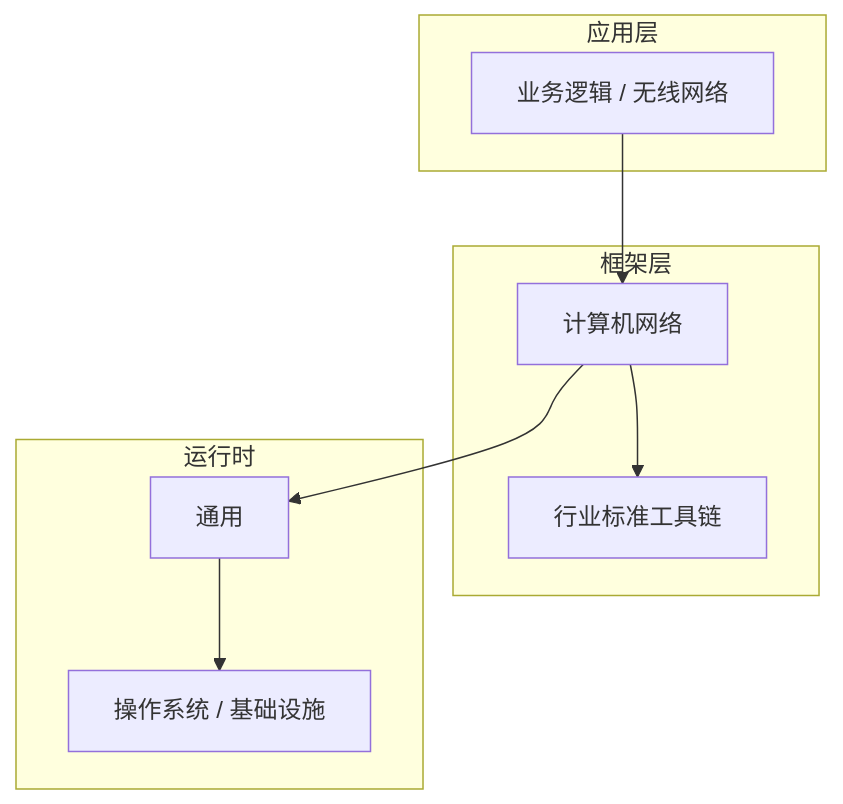
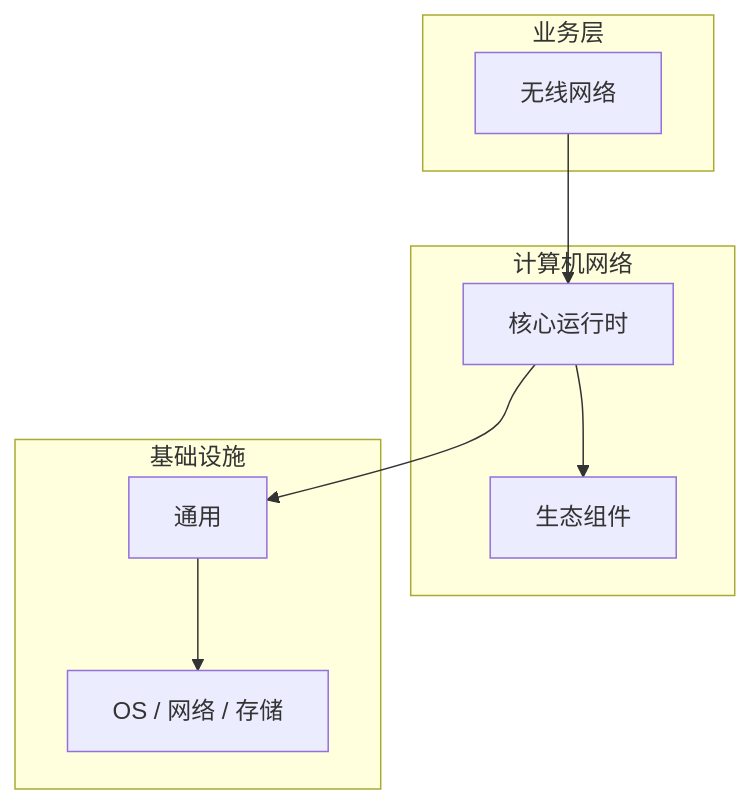
Before and after one commit to yanggan2015/knowledge-json-v2: the diagram in articles/计算机网络/chapters/097-无线网络核心概念与原理.md, drawn with Mermaid. The commit also changed other lines of this file and 10127 other files, not shown here.

````diff
--- a/articles/计算机网络/chapters/097-无线网络核心概念与原理.md
+++ b/articles/计算机网络/chapters/097-无线网络核心概念与原理.md
@@ -45,18 +34,18 @@
 ```mermaid
 graph TB
-    subgraph 应用层
-        A[业务逻辑 / 无线网络]
+    subgraph 业务层
+        A[无线网络]
     end
-    subgraph 框架层
-        B[计算机网络]
-        C[行业标准工具链]
+    subgraph 计算机网络
+        B[核心运行时]
+        C[生态组件]
     end
-    subgraph 运行时
+    subgraph 基础设施
         D[通用]
-        E[操作系统 / 基础设施]
+        E[OS / 网络 / 存储]
     end
     A --> B
     B --> C
     B --> D
     D --> E
 ```
````
